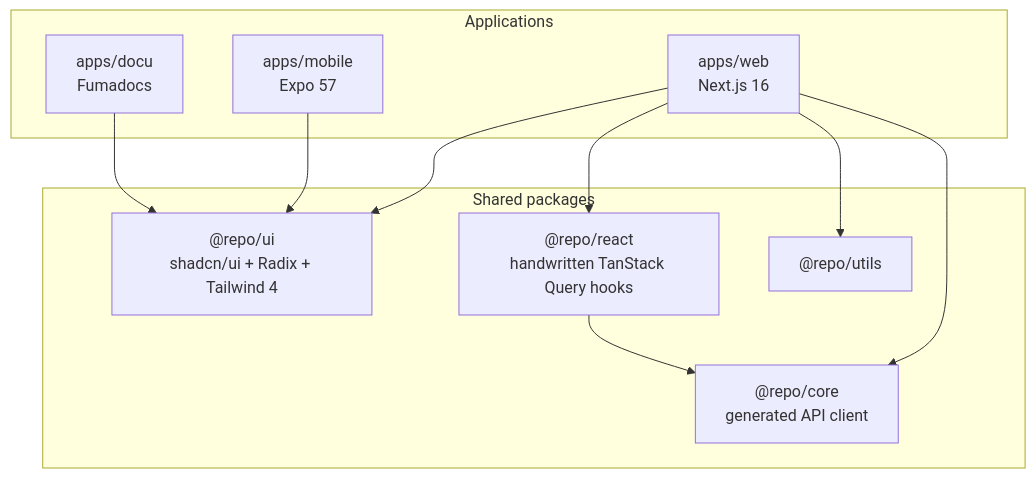
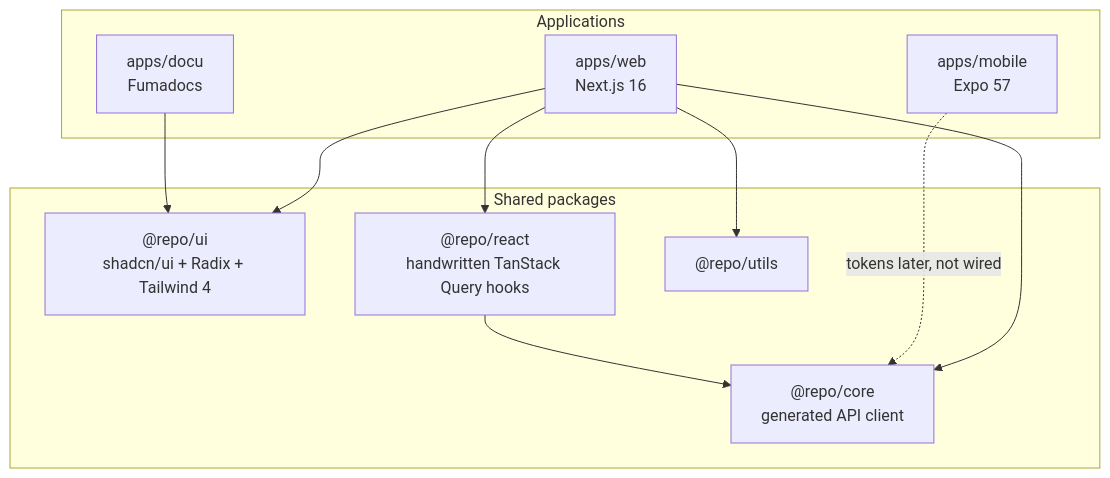
One commit to blockmatic/basilic changed the diagram in apps/docu/content/docs/architecture/frontend.mdx. Above: the diagram before and after it, drawn with Mermaid. The commit also changed other lines of this file and 76 other files, not shown here.

````diff
--- a/apps/docu/content/docs/architecture/frontend.mdx
+++ b/apps/docu/content/docs/architecture/frontend.mdx
@@ -10,23 +10,23 @@
 ```mermaid
 flowchart TB
   subgraph Apps["Applications"]
     Web["apps/web<br/>Next.js 16"]
     Mobile["apps/mobile<br/>Expo 57"]
     Docs["apps/docu<br/>Fumadocs"]
   end
 
   subgraph Packages["Shared packages"]
     UI["@repo/ui<br/>shadcn/ui + Radix + Tailwind 4"]
     React["@repo/react<br/>handwritten TanStack Query hooks"]
     Core["@repo/core<br/>generated API client"]
     Utils["@repo/utils"]
   end
 
   Web --> UI
   Web --> React
   Web --> Core
   Web --> Utils
-  Mobile --> UI
+  Mobile -.->|"tokens later, not wired"| Core
   Docs --> UI
   React --> Core
 ```
````
